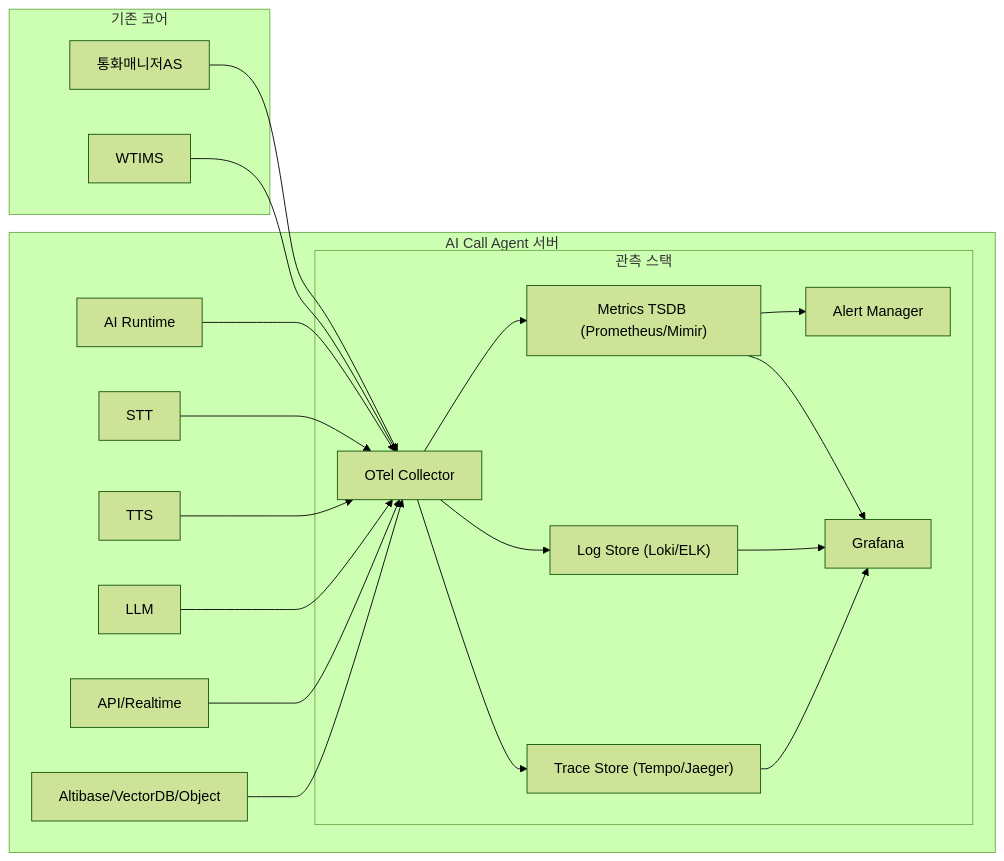
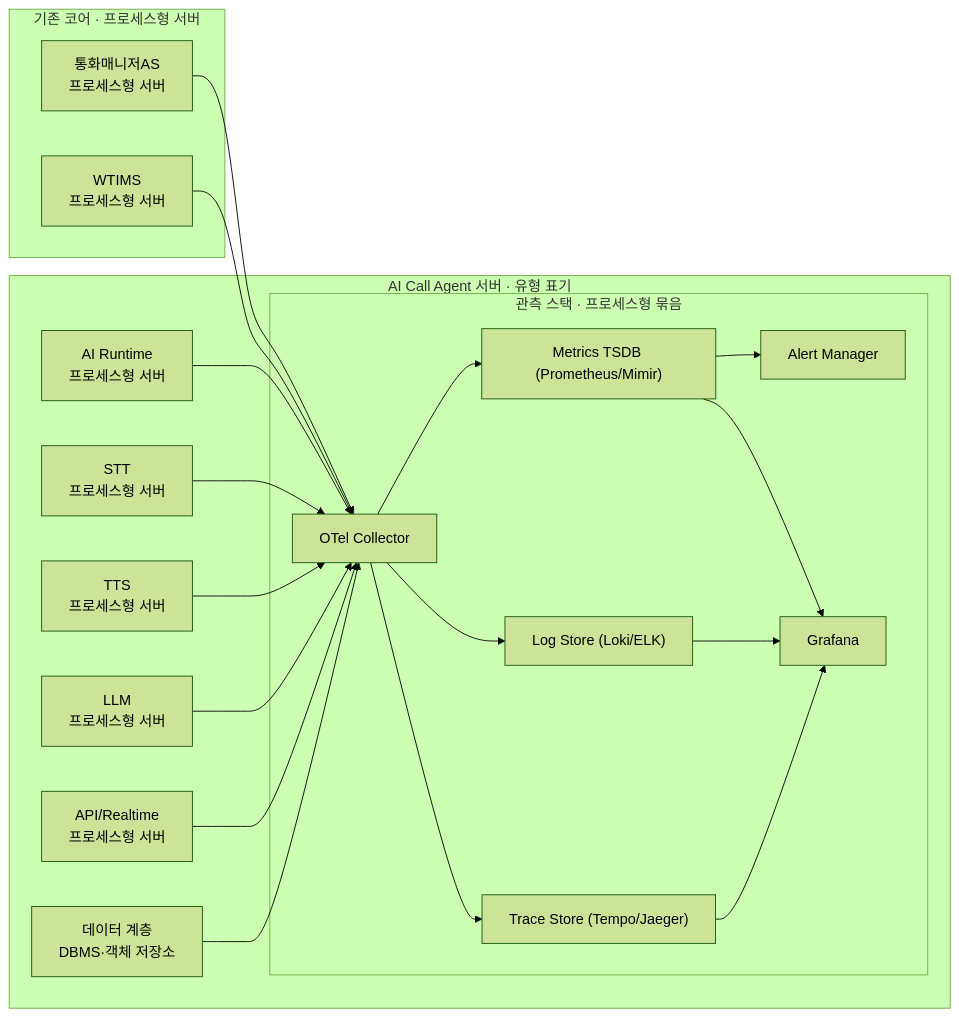
Before and after one commit to hak023/agentic_ai_callbot: the fourth of 4 diagrams in docs/architecture/production-deployment-architecture.md, drawn with Mermaid (forest theme). The commit also changed other lines of this file, not shown here.

Commit message:
docs(architecture): CM→WT→AIR 세션 릴레이 단일 진입, 다이어그램 유형 표기

````diff
--- a/docs/architecture/production-deployment-architecture.md
+++ b/docs/architecture/production-deployment-architecture.md
@@ -587,41 +595,41 @@
 ```mermaid
 flowchart LR
-    subgraph CORE["기존 코어"]
-      CM["통화매니저AS"]
-      WT["WTIMS"]
+    subgraph CORE["기존 코어 · 프로세스형 서버"]
+      CM["통화매니저AS<br/>프로세스형 서버"]
+      WT["WTIMS<br/>프로세스형 서버"]
     end
 
-    subgraph ACA["AI Call Agent 서버"]
-      AIR["AI Runtime"]
-      STT["STT"]
-      TTS["TTS"]
-      LLM["LLM"]
-      API["API/Realtime"]
-      DB["Altibase/VectorDB/Object"]
-      subgraph OBS["관측 스택"]
+    subgraph ACA["AI Call Agent 서버 · 유형 표기"]
+      AIR["AI Runtime<br/>프로세스형 서버"]
+      STT["STT<br/>프로세스형 서버"]
+      TTS["TTS<br/>프로세스형 서버"]
+      LLM["LLM<br/>프로세스형 서버"]
+      API["API/Realtime<br/>프로세스형 서버"]
+      DB["데이터 계층<br/>DBMS·객체 저장소"]
+      subgraph OBS["관측 스택 · 프로세스형 묶음"]
         OTL["OTel Collector"]
         MTS["Metrics TSDB (Prometheus/Mimir)"]
         LOG["Log Store (Loki/ELK)"]
         TRC["Trace Store (Tempo/Jaeger)"]
         ALR["Alert Manager"]
         GRA["Grafana"]
       end
     end
 
     CM --> OTL
     WT --> OTL
     AIR --> OTL
     STT --> OTL
     TTS --> OTL
     LLM --> OTL
     API --> OTL
     DB --> OTL
 
     OTL --> MTS
     OTL --> LOG
     OTL --> TRC
     MTS --> ALR
     LOG --> GRA
     TRC --> GRA
     MTS --> GRA
 ```
````
